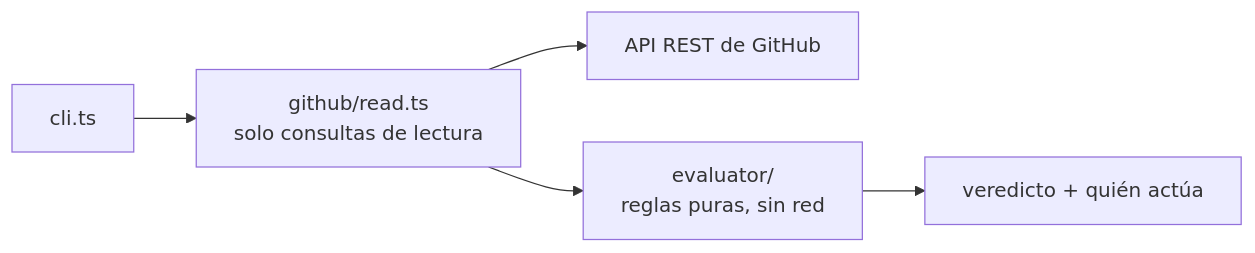
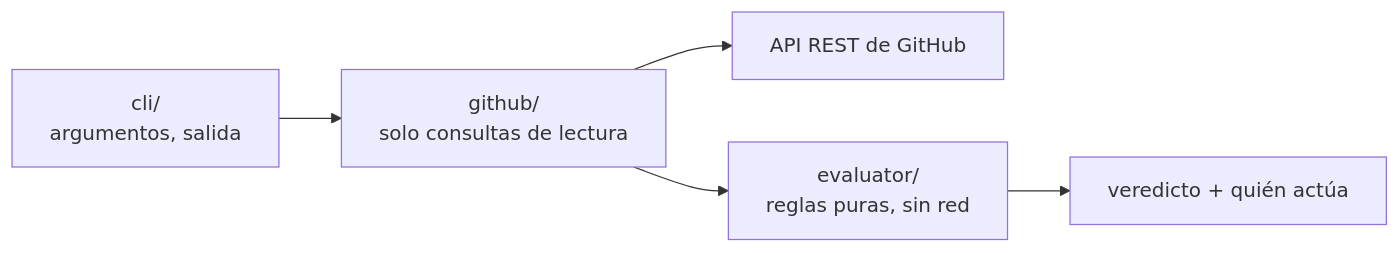
Before and after one commit to bbenedev/PRotocol: the diagram in README.es.md, drawn with Mermaid. The commit also changed other lines of this file and 1 other file, not shown here.

````diff
--- a/README.es.md
+++ b/README.es.md
@@ -123,7 +163,7 @@
 ```mermaid
 flowchart LR
-  CLI[cli.ts] --> READ[github/read.ts<br/>solo consultas de lectura]
+  CLI[cli/<br/>argumentos, salida] --> READ[github/<br/>solo consultas de lectura]
   READ --> API[API REST de GitHub]
   READ --> EV[evaluator/<br/>reglas puras, sin red]
   EV --> OUT[veredicto + quién actúa]
 ```
````
